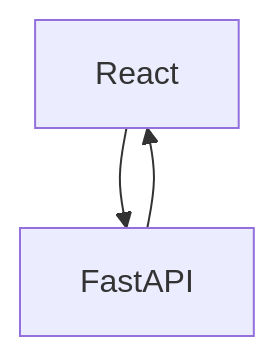
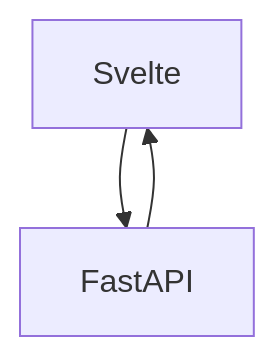
One commit to childmindresearch/cross-species-mapper changed the diagram in README.md. Above: the diagram before and after it, drawn with Mermaid. The commit also changed other lines of this file, not shown here.

````diff
--- a/README.md
+++ b/README.md
@@ -31,5 +31,5 @@
 ```mermaid
 flowchart TD
-    React --> FastAPI
-    FastAPI --> React
+    Svelte --> FastAPI
+    FastAPI --> Svelte
 ```
````
